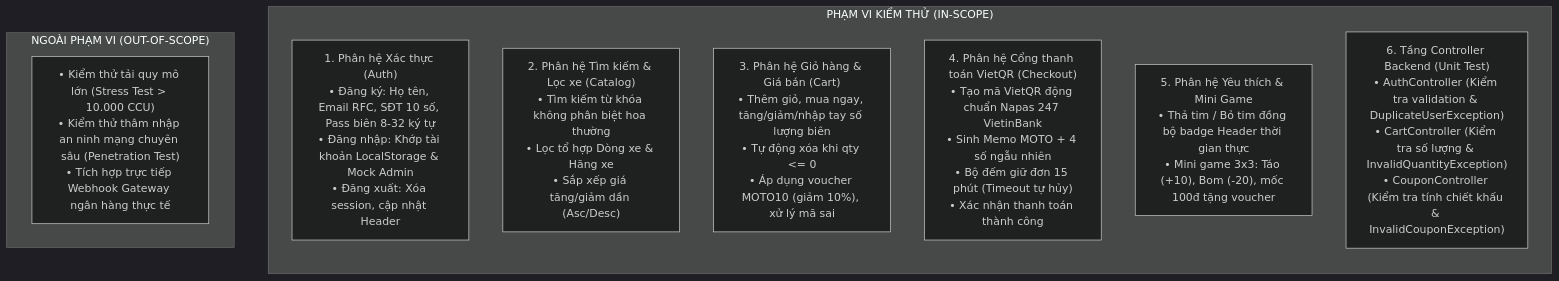
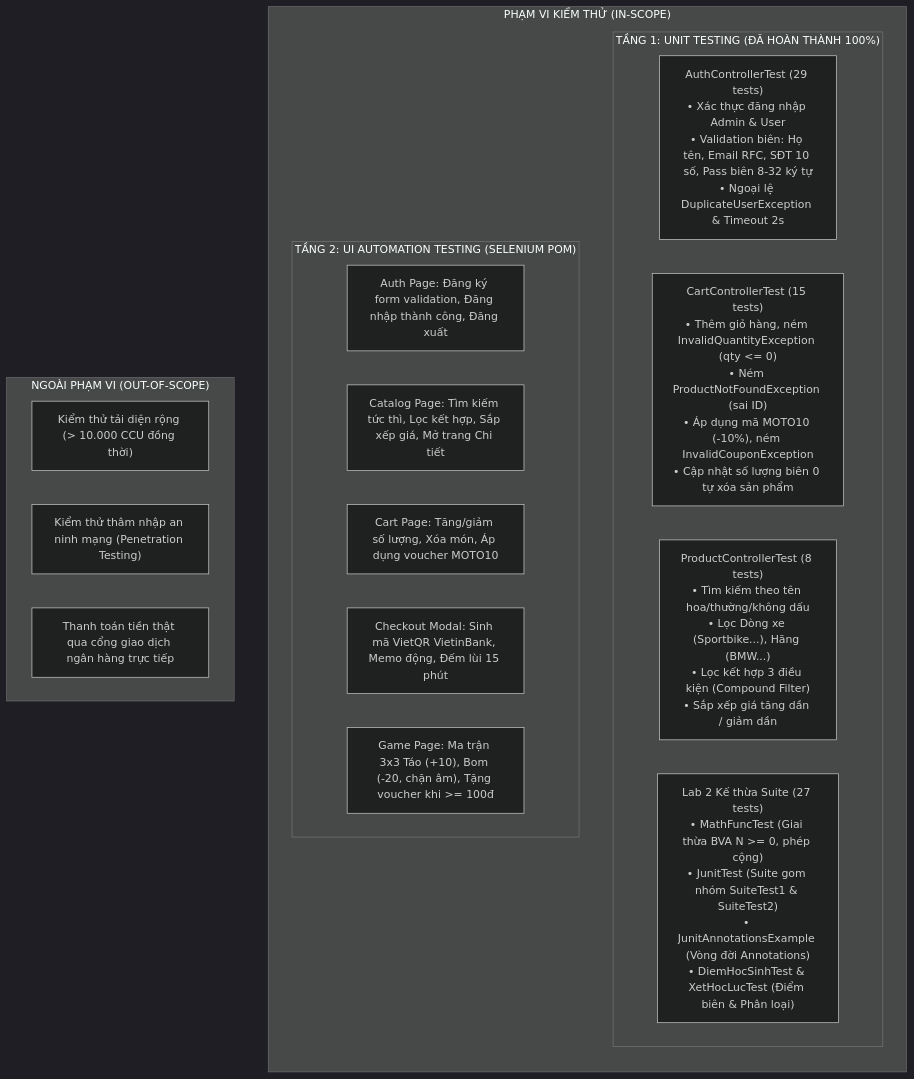
Before and after one commit to hoangtmts026960-tech/SOF309-TaMinhHoang-TS02696: the diagram in docs/TEST_PLAN.md, drawn with Mermaid (dark theme). The commit also changed other lines of this file and 2 other files, not shown here.

Commit message:
docs: update SPECIFICATIONS.md, TEST_PLAN.md, and TEST_CASES.md for Week 2 and Lab 2 integration

````diff
--- a/docs/TEST_PLAN.md
+++ b/docs/TEST_PLAN.md
@@ -26,16 +33,26 @@
 ```mermaid
 flowchart TD
     subgraph IN_SCOPE["PHẠM VI KIỂM THỬ (IN-SCOPE)"]
         direction TB
-        A["1. Phân hệ Xác thực (Auth)\n• Đăng ký: Họ tên, Email RFC, SĐT 10 số, Pass biên 8-32 ký tự\n• Đăng nhập: Khớp tài khoản LocalStorage & Mock Admin\n• Đăng xuất: Xóa session, cập nhật Header"]
-        B["2. Phân hệ Tìm kiếm & Lọc xe (Catalog)\n• Tìm kiếm từ khóa không phân biệt hoa thường\n• Lọc tổ hợp Dòng xe & Hãng xe\n• Sắp xếp giá tăng/giảm dần (Asc/Desc)"]
-        C["3. Phân hệ Giỏ hàng & Giá bán (Cart)\n• Thêm giỏ, mua ngay, tăng/giảm/nhập tay số lượng biên\n• Tự động xóa khi qty <= 0\n• Áp dụng voucher MOTO10 (giảm 10%), xử lý mã sai"]
-        D["4. Phân hệ Cổng thanh toán VietQR (Checkout)\n• Tạo mã VietQR động chuẩn Napas 247 VietinBank\n• Sinh Memo MOTO + 4 số ngẫu nhiên\n• Bộ đếm giữ đơn 15 phút (Timeout tự hủy)\n• Xác nhận thanh toán thành công"]
-        E["5. Phân hệ Yêu thích & Mini Game\n• Thả tim / Bỏ tim đồng bộ badge Header thời gian thực\n• Mini game 3x3: Táo (+10), Bom (-20), mốc 100đ tặng voucher"]
-        F["6. Tầng Controller Backend (Unit Test)\n• AuthController (Kiểm tra validation & DuplicateUserException)\n• CartController (Kiểm tra số lượng & InvalidQuantityException)\n• CouponController (Kiểm tra tính chiết khấu & InvalidCouponException)"]
+        subgraph UNIT_TEST["TẦNG 1: UNIT TESTING (ĐÃ HOÀN THÀNH 100%)"]
+            A1["AuthControllerTest (29 tests)\n• Xác thực đăng nhập Admin & User\n• Validation biên: Họ tên, Email RFC, SĐT 10 số, Pass biên 8-32 ký tự\n• Ngoại lệ DuplicateUserException & Timeout 2s"]
+            A2["CartControllerTest (15 tests)\n• Thêm giỏ hàng, ném InvalidQuantityException (qty <= 0)\n• Ném ProductNotFoundException (sai ID)\n• Áp dụng mã MOTO10 (-10%), ném InvalidCouponException\n• Cập nhật số lượng biên 0 tự xóa sản phẩm"]
+            A3["ProductControllerTest (8 tests)\n• Tìm kiếm theo tên hoa/thường/không dấu\n• Lọc Dòng xe (Sportbike...), Hãng (BMW...)\n• Lọc kết hợp 3 điều kiện (Compound Filter)\n• Sắp xếp giá tăng dần / giảm dần"]
+            A4["Lab 2 Kế thừa Suite (27 tests)\n• MathFuncTest (Giai thừa BVA N >= 0, phép cộng)\n• JunitTest (Suite gom nhóm SuiteTest1 & SuiteTest2)\n• JunitAnnotationsExample (Vòng đời Annotations)\n• DiemHocSinhTest & XetHocLucTest (Điểm biên & Phân loại)"]
+        end
+        
+        subgraph UI_TEST["TẦNG 2: UI AUTOMATION TESTING (SELENIUM POM)"]
+            B1["Auth Page: Đăng ký form validation, Đăng nhập thành công, Đăng xuất"]
+            B2["Catalog Page: Tìm kiếm tức thì, Lọc kết hợp, Sắp xếp giá, Mở trang Chi tiết"]
+            B3["Cart Page: Tăng/giảm số lượng, Xóa món, Áp dụng voucher MOTO10"]
+            B4["Checkout Modal: Sinh mã VietQR VietinBank, Memo động, Đếm lùi 15 phút"]
+            B5["Game Page: Ma trận 3x3 Táo (+10), Bom (-20, chặn âm), Tặng voucher khi >= 100đ"]
+        end
     end
     
     subgraph OUT_SCOPE["NGOÀI PHẠM VI (OUT-OF-SCOPE)"]
-        G["• Kiểm thử tải quy mô lớn (Stress Test > 10.000 CCU)\n• Kiểm thử thâm nhập an ninh mạng chuyên sâu (Penetration Test)\n• Tích hợp trực tiếp Webhook Gateway ngân hàng thực tế"]
+        C1["Kiểm thử tải diện rộng (> 10.000 CCU đồng thời)"]
+        C2["Kiểm thử thâm nhập an ninh mạng (Penetration Testing)"]
+        C3["Thanh toán tiền thật qua cổng giao dịch ngân hàng trực tiếp"]
     end
 ```
````
